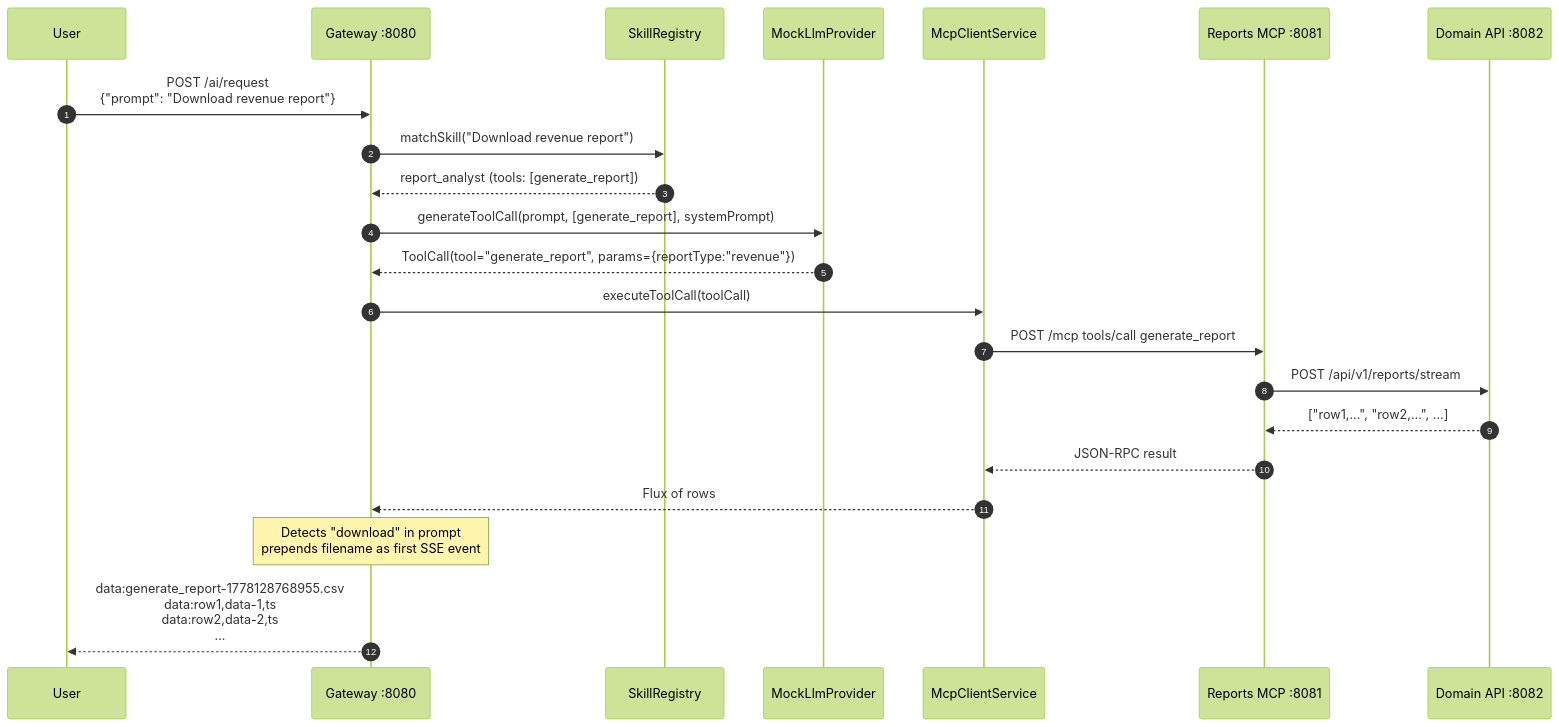
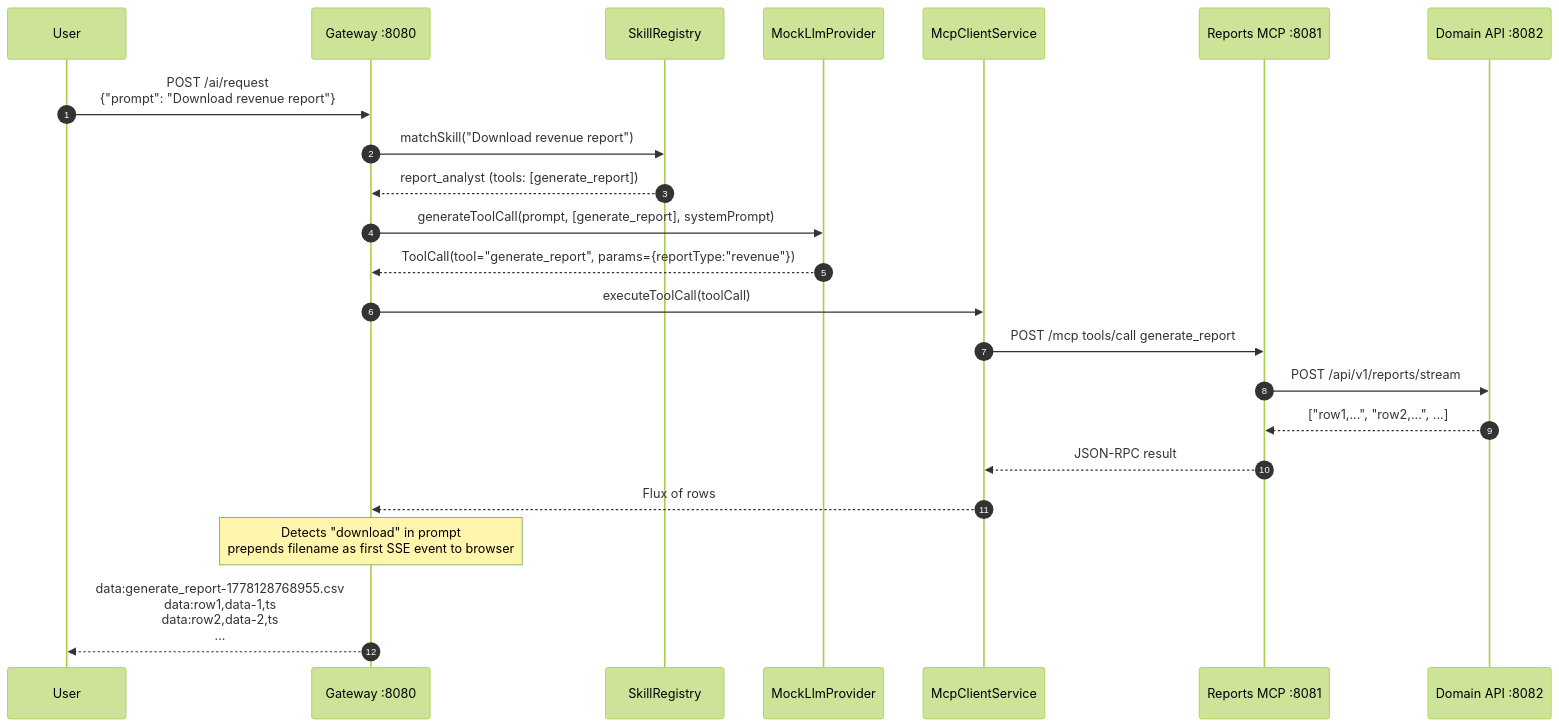
The eighth of 16 diagrams in docs/ARCHITECTURE_V2.md (rajashashankmuppirala/mcp-poc), drawn with Mermaid (forest theme) before and after one commit. The commit also changed other lines of this file and 23 other files, not shown here.

````diff
--- a/docs/ARCHITECTURE_V2.md
+++ b/docs/ARCHITECTURE_V2.md
@@ -358,27 +358,27 @@
 ```mermaid
 sequenceDiagram
     autonumber
     participant User as User
     participant GW as Gateway :8080
     participant SR as SkillRegistry
     participant LLM as MockLlmProvider
     participant MC as McpClientService
     participant RMCP as Reports MCP :8081
     participant DA as Domain API :8082
 
     User->>GW: POST /ai/request<br/>{"prompt": "Download revenue report"}
     GW->>SR: matchSkill("Download revenue report")
     SR-->>GW: report_analyst (tools: [generate_report])
     GW->>LLM: generateToolCall(prompt, [generate_report], systemPrompt)
     LLM-->>GW: ToolCall(tool="generate_report", params={reportType:"revenue"})
 
     GW->>MC: executeToolCall(toolCall)
     MC->>RMCP: POST /mcp tools/call generate_report
     RMCP->>DA: POST /api/v1/reports/stream
     DA-->>RMCP: ["row1,...", "row2,...", ...]
     RMCP-->>MC: JSON-RPC result
     MC-->>GW: Flux of rows
 
-    Note over GW: Detects "download" in prompt<br/>prepends filename as first SSE event
+    Note over GW: Detects "download" in prompt<br/>prepends filename as first SSE event to browser
     GW-->>User: data:generate_report-1778128768955.csv<br/>data:row1,data-1,ts<br/>data:row2,data-2,ts<br/>...
 ```
````
